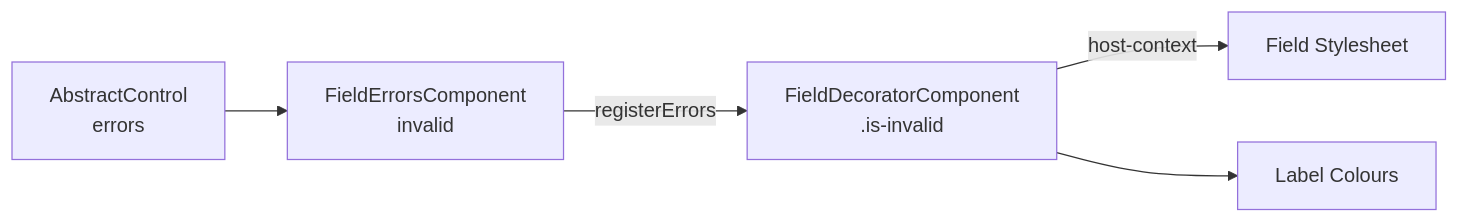
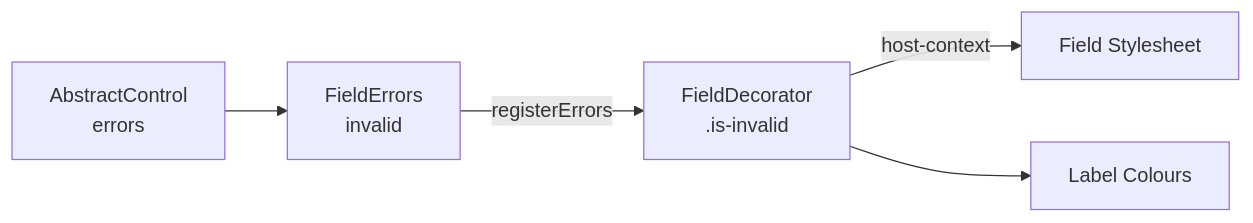
One commit to Cynthion/ngx-formidable changed the first of 2 diagrams in .documentation/tech/decoration.md. Above: the diagram before and after it, drawn with Mermaid. The commit also changed other lines of this file and 373 other files, not shown here.

````diff
--- a/.documentation/tech/decoration.md
+++ b/.documentation/tech/decoration.md
@@ -33,7 +33,7 @@
 ```mermaid
 flowchart LR
-  Control[AbstractControl<br/>errors] --> Errors[FieldErrorsComponent<br/>invalid]
-  Errors -->|registerErrors| Decorator[FieldDecoratorComponent<br/>.is-invalid]
+  Control[AbstractControl<br/>errors] --> Errors[FieldErrors<br/>invalid]
+  Errors -->|registerErrors| Decorator[FieldDecorator<br/>.is-invalid]
   Decorator -->|host-context| Field[Field Stylesheet]
   Decorator --> Label[Label Colours]
 ```
````
